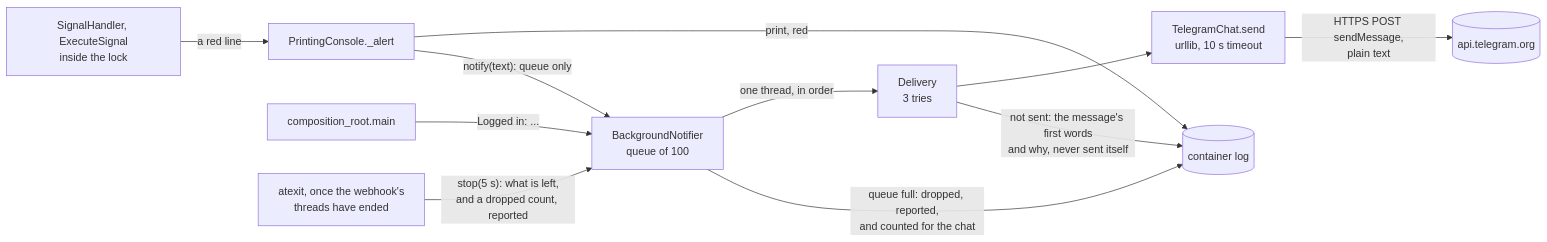
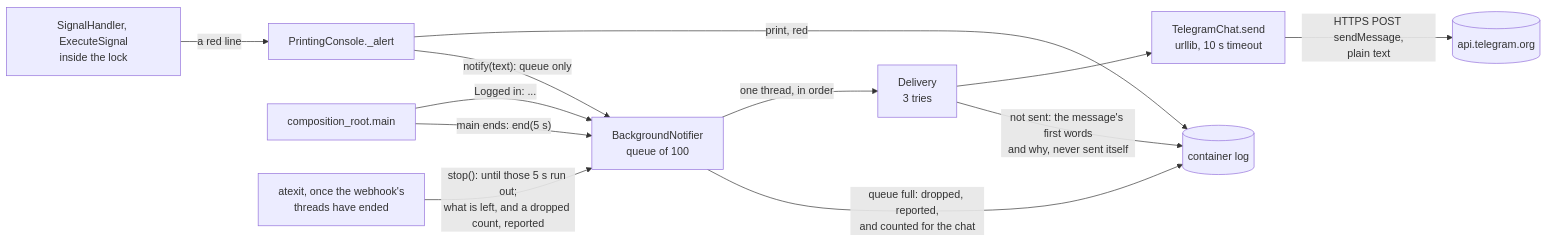
The diagram in docs/adr/0027-send-the-red-lines-to-telegram.md (Akinzou/TradeLockerBot), drawn with Mermaid before and after one commit. The commit also changed other lines of this file and 1 other file, not shown here.

Commit message:
docs: the third review of step 6o in ADR 0027 and the architecture

````diff
--- a/docs/adr/0027-send-the-red-lines-to-telegram.md
+++ b/docs/adr/0027-send-the-red-lines-to-telegram.md
@@ -51,13 +51,14 @@
 ```mermaid
 flowchart LR
     SH[SignalHandler, ExecuteSignal<br/>inside the lock] -- "a red line" --> PC[PrintingConsole._alert]
     CR[composition_root.main] -- "Logged in: ..." --> N
     PC -- "print, red" --> LOG[(container log)]
     PC -- "notify(text): queue only" --> N[BackgroundNotifier<br/>queue of 100]
     N -- "one thread, in order" --> D[Delivery<br/>3 tries]
     D --> TC[TelegramChat.send<br/>urllib, 10 s timeout]
     TC -- "HTTPS POST sendMessage,<br/>plain text" --> TG[(api.telegram.org)]
     D -- "not sent: the message's first words<br/>and why, never sent itself" --> LOG
     N -- "queue full: dropped, reported,<br/>and counted for the chat" --> LOG
-    EXIT[atexit, once the webhook's<br/>threads have ended] -- "stop(5 s): what is left,<br/>and a dropped count, reported" --> N
+    CR -- "main ends: end(5 s)" --> N
+    EXIT[atexit, once the webhook's<br/>threads have ended] -- "stop(): until those 5 s run out;<br/>what is left, and a dropped count, reported" --> N
 ```
````
